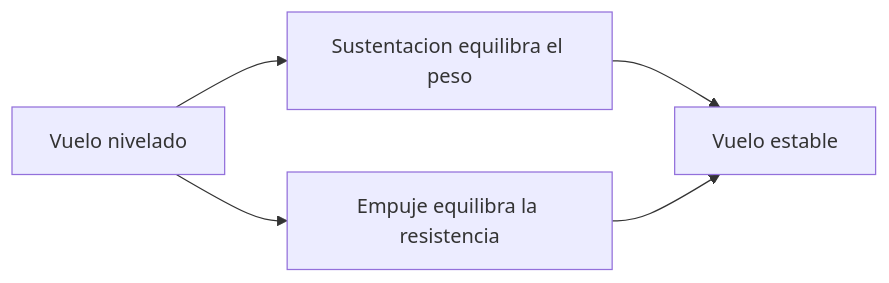
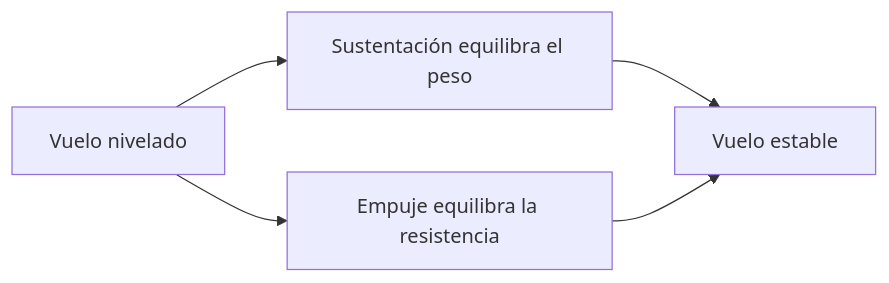
The diagram in vehiculos/aviones-pequenos/recursos/recursos-avion-pequeno.md (vladimiracunadev-create/machine-operator-program), drawn with Mermaid before and after one commit. The commit also changed other lines of this file and 442 other files, not shown here.

````diff
--- a/vehiculos/aviones-pequenos/recursos/recursos-avion-pequeno.md
+++ b/vehiculos/aviones-pequenos/recursos/recursos-avion-pequeno.md
@@ -28,7 +28,7 @@
 ```mermaid
 flowchart LR
-    Vuelo[Vuelo nivelado] --> Sust[Sustentacion equilibra el peso]
+    Vuelo[Vuelo nivelado] --> Sust[Sustentación equilibra el peso]
     Vuelo --> Empuje[Empuje equilibra la resistencia]
     Sust --> Estable[Vuelo estable]
     Empuje --> Estable
 ```
````
